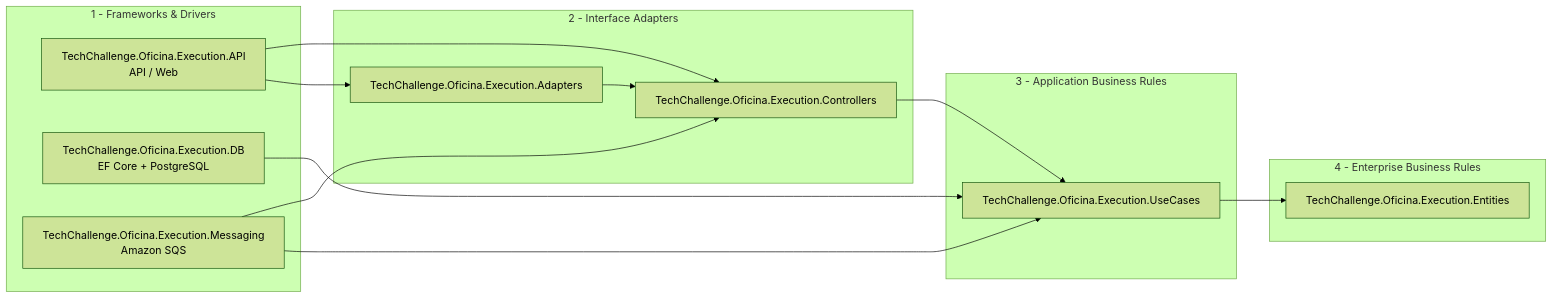
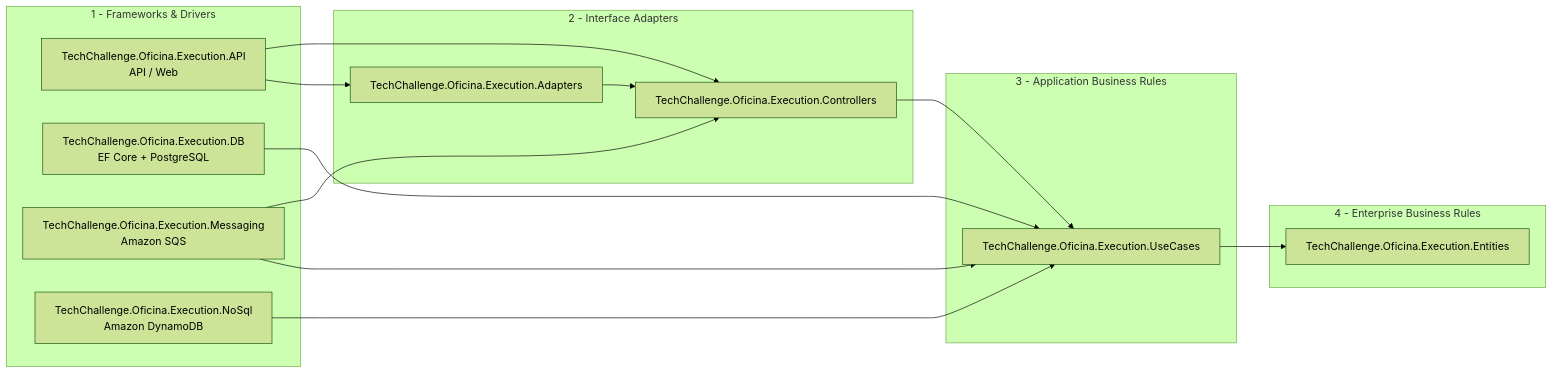
The first of 3 diagrams in README.md (GuiToniello/tech-challenge-fase-4-EXECUTION-AND-PRODUCTION-soat16-rm374658), drawn with Mermaid (forest theme) before and after one commit. The commit also changed other lines of this file and 62 other files, not shown here.

````diff
--- a/README.md
+++ b/README.md
@@ -50,27 +50,29 @@
 ```mermaid
 flowchart LR
   subgraph FD[1 - Frameworks & Drivers]
     API[TechChallenge.Oficina.Execution.API<br/>API / Web]
     DB[TechChallenge.Oficina.Execution.DB<br/>EF Core + PostgreSQL]
     Messaging[TechChallenge.Oficina.Execution.Messaging<br/>Amazon SQS]
+    NoSql[TechChallenge.Oficina.Execution.NoSql<br/>Amazon DynamoDB]
   end
   subgraph IA[2 - Interface Adapters]
     Controllers[TechChallenge.Oficina.Execution.Controllers]
     Adapters[TechChallenge.Oficina.Execution.Adapters]
   end
   subgraph AB[3 - Application Business Rules]
     UseCases[TechChallenge.Oficina.Execution.UseCases]
   end
   subgraph EB[4 - Enterprise Business Rules]
     Entities[TechChallenge.Oficina.Execution.Entities]
   end
 
   API --> Controllers
   API --> Adapters
   Adapters --> Controllers
   DB --> UseCases
+  NoSql --> UseCases
   Messaging --> Controllers
   Messaging --> UseCases
   Controllers --> UseCases
   UseCases --> Entities
 ```
````
